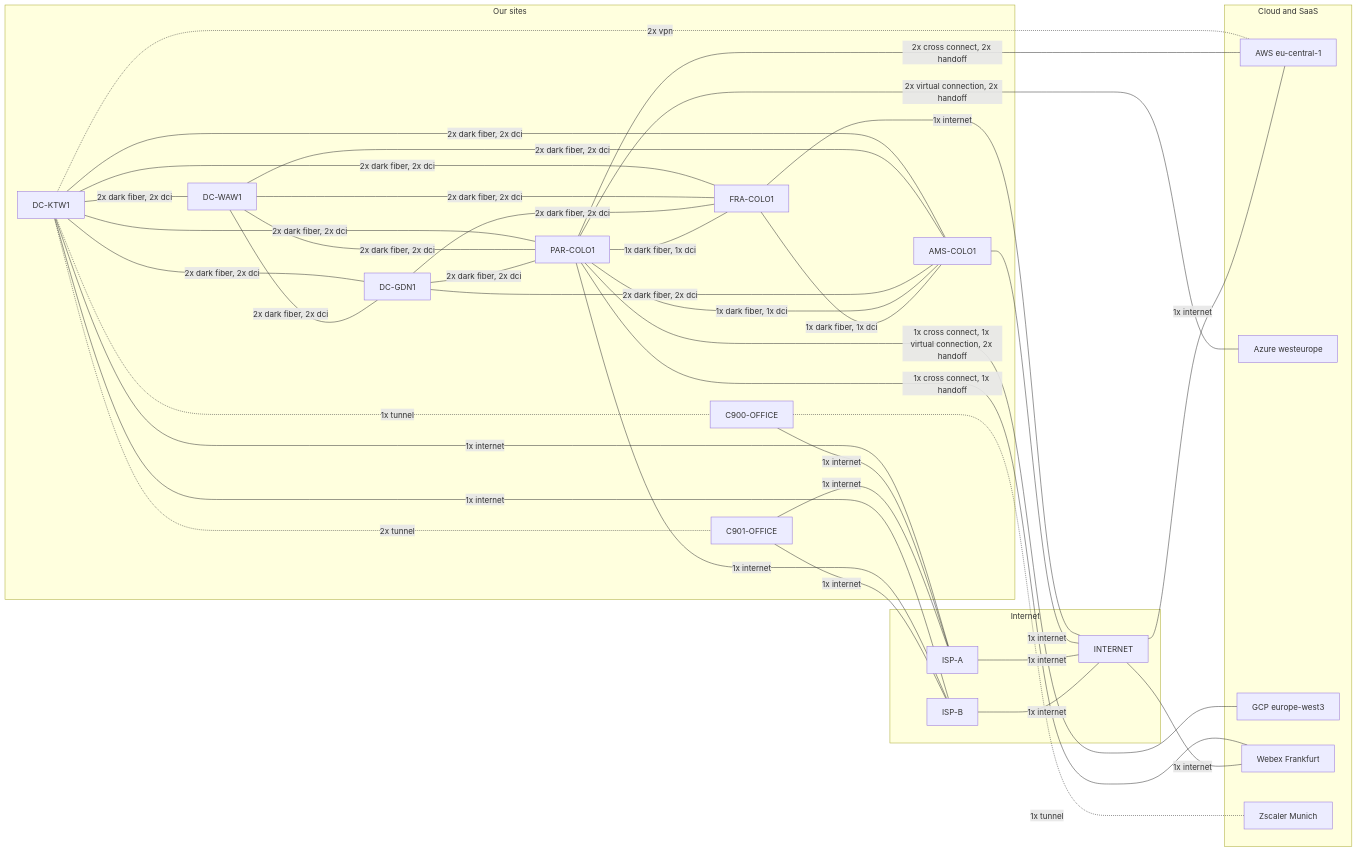
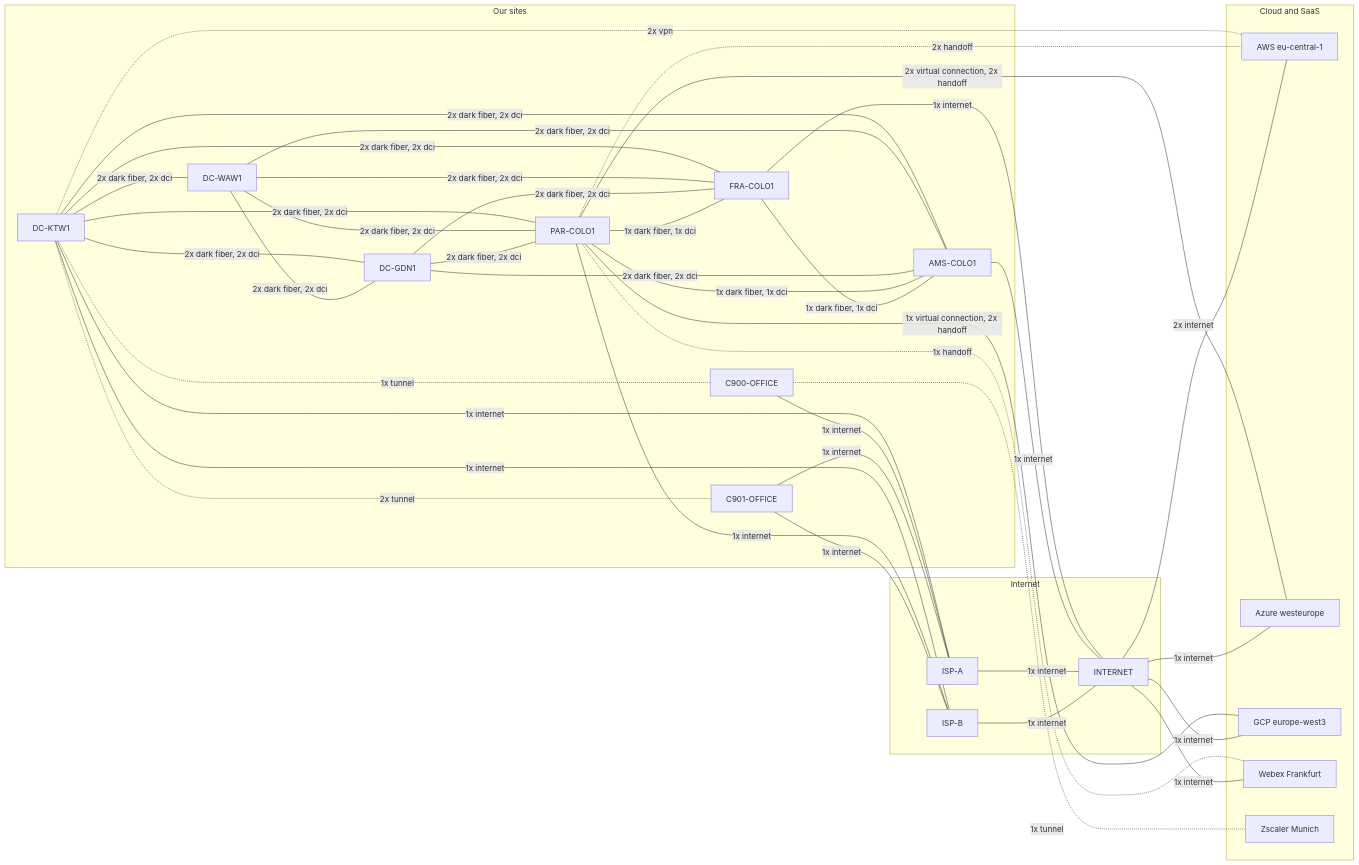
Before and after one commit to t0m3kz/infrahub-demo: the first of 4 diagrams in data/demos/00_full_topology/README.md, drawn with Mermaid. The commit also changed other lines of this file and 93 other files, not shown here.

First line of the commit message:
feat(schema): provider connects, the provider's ports, and one software image model (#270)

````diff
--- a/data/demos/00_full_topology/README.md
+++ b/data/demos/00_full_topology/README.md
@@ -81,60 +81,62 @@
 ```mermaid
 flowchart LR
   subgraph SITES["Our sites"]
     DC_KTW1["DC-KTW1"]
     DC_WAW1["DC-WAW1"]
     DC_GDN1["DC-GDN1"]
     PAR_COLO1["PAR-COLO1"]
     FRA_COLO1["FRA-COLO1"]
     AMS_COLO1["AMS-COLO1"]
     C900_OFFICE["C900-OFFICE"]
     C901_OFFICE["C901-OFFICE"]
   end
   subgraph NET["Internet"]
     ISP_A["ISP-A"]
     ISP_B["ISP-B"]
     INTERNET["INTERNET"]
   end
   subgraph CLOUD["Cloud and SaaS"]
     eu_central_1["AWS eu-central-1"]
     westeurope["Azure westeurope"]
     europe_west3["GCP europe-west3"]
     WEBEX_FRANKFURT["Webex Frankfurt"]
     ZSCALER_MUNICH_I["Zscaler Munich"]
   end
   DC_KTW1 ---|"2x dark fiber, 2x dci"| DC_WAW1
   DC_KTW1 ---|"2x dark fiber, 2x dci"| DC_GDN1
   DC_KTW1 ---|"2x dark fiber, 2x dci"| PAR_COLO1
   DC_KTW1 ---|"2x dark fiber, 2x dci"| FRA_COLO1
   DC_KTW1 ---|"2x dark fiber, 2x dci"| AMS_COLO1
   DC_KTW1 -.-|"1x tunnel"| C900_OFFICE
   DC_KTW1 -.-|"2x tunnel"| C901_OFFICE
   DC_KTW1 ---|"1x internet"| ISP_A
   DC_KTW1 ---|"1x internet"| ISP_B
   DC_KTW1 -.-|"2x vpn"| eu_central_1
   DC_WAW1 ---|"2x dark fiber, 2x dci"| DC_GDN1
   DC_WAW1 ---|"2x dark fiber, 2x dci"| PAR_COLO1
   DC_WAW1 ---|"2x dark fiber, 2x dci"| FRA_COLO1
   DC_WAW1 ---|"2x dark fiber, 2x dci"| AMS_COLO1
   DC_GDN1 ---|"2x dark fiber, 2x dci"| PAR_COLO1
   DC_GDN1 ---|"2x dark fiber, 2x dci"| FRA_COLO1
   DC_GDN1 ---|"2x dark fiber, 2x dci"| AMS_COLO1
   PAR_COLO1 ---|"1x dark fiber, 1x dci"| FRA_COLO1
   PAR_COLO1 ---|"1x dark fiber, 1x dci"| AMS_COLO1
   PAR_COLO1 ---|"1x internet"| ISP_B
-  PAR_COLO1 ---|"2x cross connect, 2x handoff"| eu_central_1
+  PAR_COLO1 -.-|"2x handoff"| eu_central_1
   PAR_COLO1 ---|"2x virtual connection, 2x handoff"| westeurope
-  PAR_COLO1 ---|"1x cross connect, 1x virtual connection, 2x handoff"| europe_west3
-  PAR_COLO1 ---|"1x cross connect, 1x handoff"| WEBEX_FRANKFURT
+  PAR_COLO1 ---|"1x virtual connection, 2x handoff"| europe_west3
+  PAR_COLO1 -.-|"1x handoff"| WEBEX_FRANKFURT
   FRA_COLO1 ---|"1x dark fiber, 1x dci"| AMS_COLO1
   FRA_COLO1 ---|"1x internet"| INTERNET
   AMS_COLO1 ---|"1x internet"| INTERNET
   C900_OFFICE ---|"1x internet"| ISP_A
   C900_OFFICE -.-|"1x tunnel"| ZSCALER_MUNICH_I
   C901_OFFICE ---|"1x internet"| ISP_A
   C901_OFFICE ---|"1x internet"| ISP_B
   ISP_A ---|"1x internet"| INTERNET
   ISP_B ---|"1x internet"| INTERNET
-  INTERNET ---|"1x internet"| eu_central_1
+  INTERNET ---|"2x internet"| eu_central_1
+  INTERNET ---|"1x internet"| westeurope
+  INTERNET ---|"1x internet"| europe_west3
   INTERNET ---|"1x internet"| WEBEX_FRANKFURT
 ```
````
